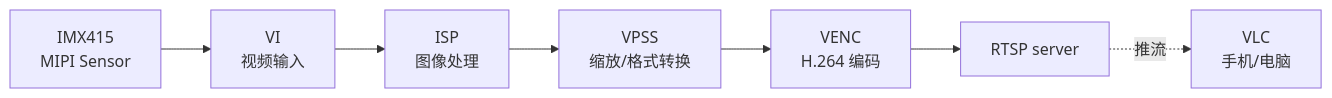
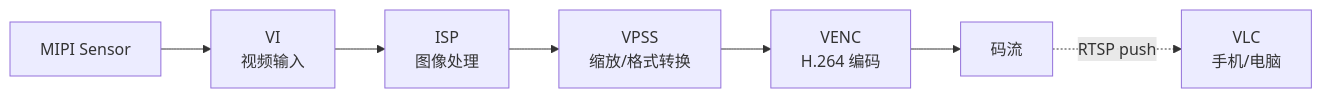
One commit to GitBubble/hi3403-docs changed the diagram in docs/tutorials/capture-encode-stream.md. Above: the diagram before and after it, drawn with Mermaid. The commit also changed other lines of this file and 162 other files, not shown here.

````diff
--- a/docs/tutorials/capture-encode-stream.md
+++ b/docs/tutorials/capture-encode-stream.md
@@ -22,9 +29,9 @@
 ```mermaid
 flowchart LR
-    sensor[IMX415<br>MIPI Sensor] --> VI[VI<br>视频输入]
+    sensor[MIPI Sensor] --> VI[VI<br>视频输入]
     VI --> ISP[ISP<br>图像处理]
     ISP --> VPSS[VPSS<br>缩放/格式转换]
     VPSS --> VENC[VENC<br>H.264 编码]
-    VENC --> RTSP[RTSP server]
-    RTSP -.推流.-> Client[VLC<br>手机/电脑]
+    VENC --> bitstream[码流]
+    bitstream -.RTSP push.-> Client[VLC<br>手机/电脑]
 ```
````
